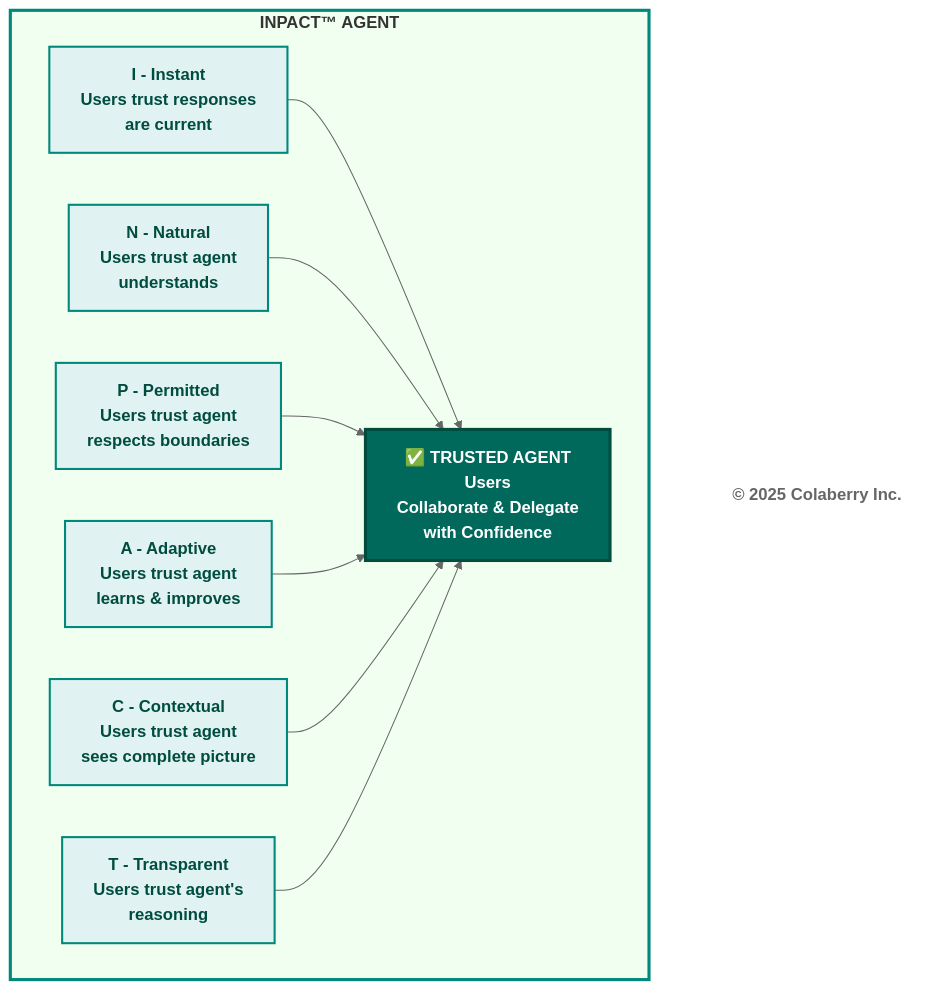
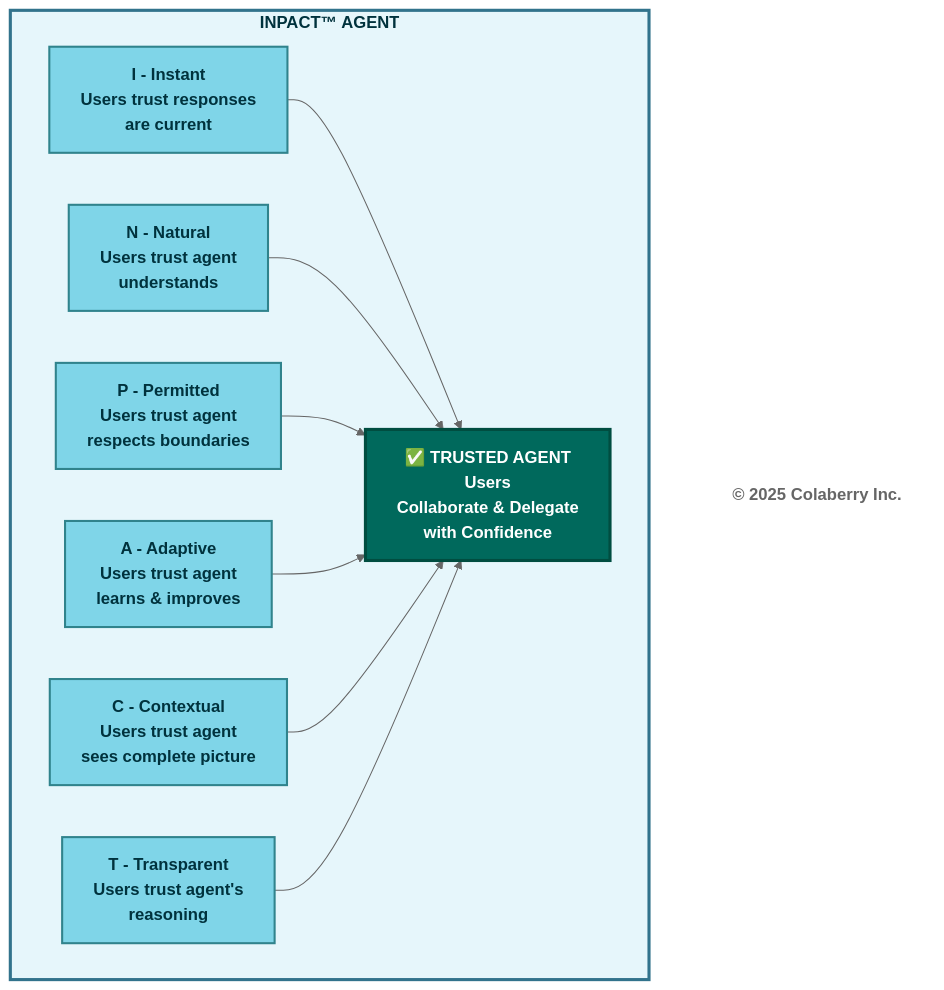
The fourth of 12 diagrams in manuscript/03_chapter_2_inpact_framework.md (saitejesh-cyber/trust-before-intelligence-book), drawn with Mermaid (neutral theme) before and after one commit. The commit also changed other lines of this file, not shown here.

Commit message:
Update mermaid diagrams as per new coloberry color and contrast ratio for chapter 3

````diff
--- a/manuscript/03_chapter_2_inpact_framework.md
+++ b/manuscript/03_chapter_2_inpact_framework.md
@@ -229,34 +229,34 @@
 ```mermaid
 graph TB
     subgraph BOX["<b>INPACT™ AGENT</b>"]
         I["<b>I - Instant</b><br/><b>Users trust responses<br/> are current</b>"]
         N["<b>N - Natural</b><br/><b>Users trust agent<br/> understands</b>"]
         P["<b>P - Permitted</b><br/><b>Users trust agent<br/> respects boundaries</b>"]
         A["<b>A - Adaptive</b><br/><b>Users trust agent<br/> learns & improves</b>"]
         C["<b>C - Contextual</b><br/><b>Users trust agent<br/> sees complete picture</b>"]
         T["<b>T - Transparent</b><br/><b>Users trust agent's<br/> reasoning</b>"]
         
         TRUST["<b>✅ TRUSTED AGENT</b><br/><b>Users<br/> Collaborate & Delegate<br/> with Confidence</b>"]
         
         I --> TRUST
         N --> TRUST
         P --> TRUST
         A --> TRUST
         C --> TRUST
         T --> TRUST
     end
     
     COPYRIGHT["<b>© 2025 Colaberry Inc.</b>"]
     
-    style BOX fill:#f0fff0,stroke:#00897b,stroke-width:3px
-    style I fill:#e0f2f1,stroke:#00897b,stroke-width:2px,color:#004d40
-    style N fill:#e0f2f1,stroke:#00897b,stroke-width:2px,color:#004d40
-    style P fill:#e0f2f1,stroke:#00897b,stroke-width:2px,color:#004d40
-    style A fill:#e0f2f1,stroke:#00897b,stroke-width:2px,color:#004d40
-    style C fill:#e0f2f1,stroke:#00897b,stroke-width:2px,color:#004d40
-    style T fill:#e0f2f1,stroke:#00897b,stroke-width:2px,color:#004d40
+    style BOX fill:#E6F6FB,stroke:#32738C,stroke-width:3px,color:#00323D
+    style I fill:#7FD5E8,stroke:#30838C,stroke-width:2px,color:#00323D
+    style N fill:#7FD5E8,stroke:#30838C,stroke-width:2px,color:#00323D
+    style P fill:#7FD5E8,stroke:#30838C,stroke-width:2px,color:#00323D
+    style A fill:#7FD5E8,stroke:#30838C,stroke-width:2px,color:#00323D
+    style C fill:#7FD5E8,stroke:#30838C,stroke-width:2px,color:#00323D
+    style T fill:#7FD5E8,stroke:#30838C,stroke-width:2px,color:#00323D
     
     style TRUST fill:#00695c,color:#ffffff,stroke:#004d40,stroke-width:3px
     
     style COPYRIGHT fill:#ffffff,stroke:none,color:#666666
 ```
````
